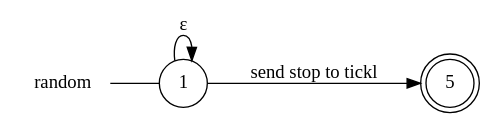
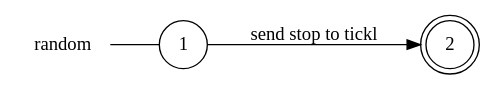
The diagram in example/ticktack/random_local_view.dot (gabrielegenovese/chorer), drawn with Graphviz before and after one commit. The commit also changed 11 other files, not shown here.

```diff
--- a/example/ticktack/random_local_view.dot
+++ b/example/ticktack/random_local_view.dot
@@ -1,10 +1,9 @@
 digraph random {
 	rankdir="LR";
 	n_0 [label="random", shape="plaintext"];
-	n_1 [id="5", shape=doublecircle, label="5"];
-	n_2 [id="1", shape=circle, label="1"];
-	n_0 -> n_2 [arrowhead=none];
+	n_1 [id="1", shape=circle, label="1"];
+	n_0 -> n_1 [arrowhead=none];
+	n_2 [id="2", shape=doublecircle, label="2"];
 
-	n_2 -> n_1 [id="[$e|7]", label="send stop to tickl"];
-	n_2 -> n_2 [id="[$e|6]", label="ɛ"];
+	n_1 -> n_2 [id="[$e|0]", label="send stop to tickl"];
 }
```
